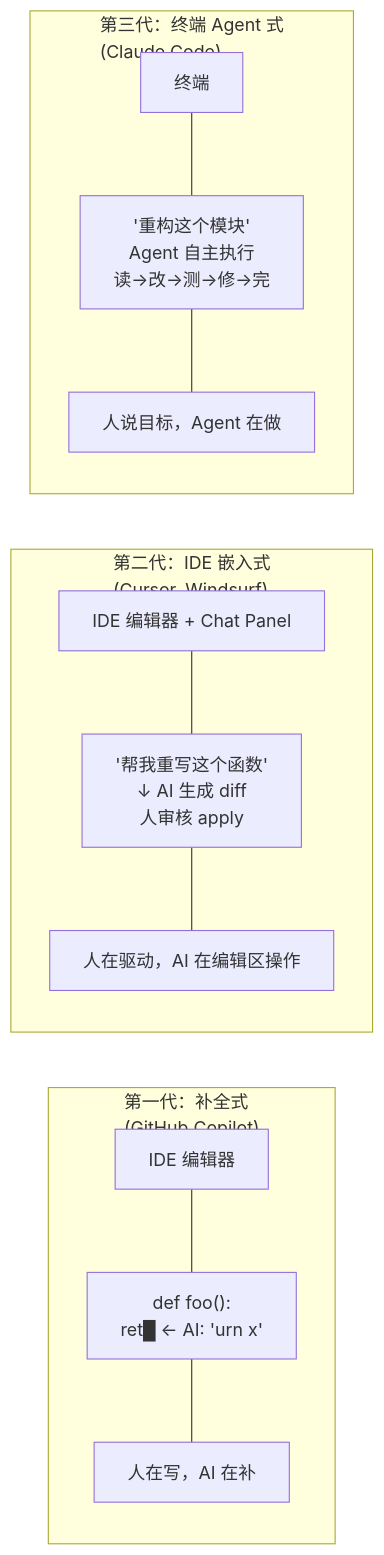
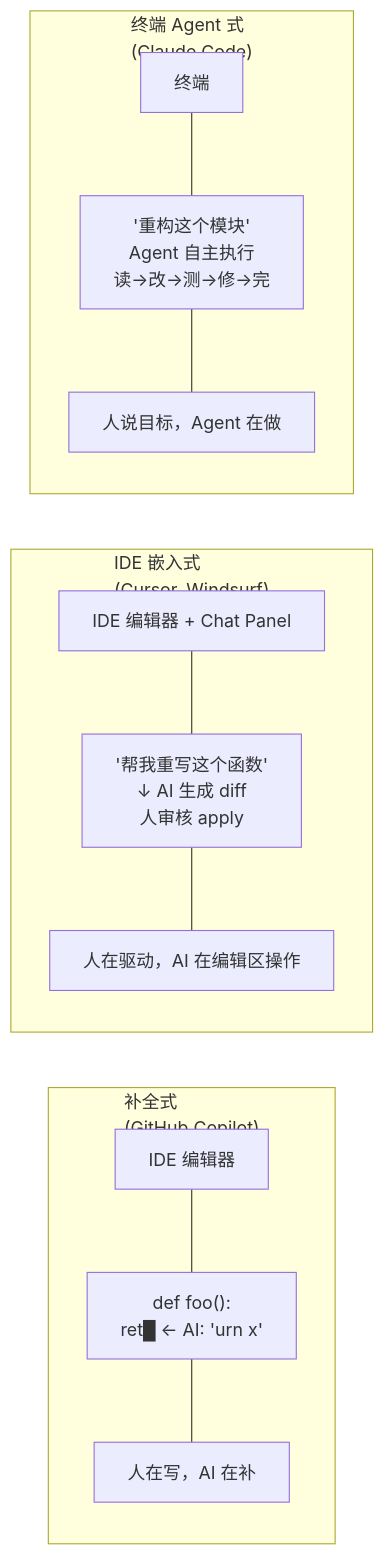
One commit to cuiliang-ai/books changed the second of 3 diagrams in claude-code-deep-dive/src/part-1/ch01-what-is-claude-code.md. Above: the diagram before and after it, drawn with Mermaid. The commit also changed other lines of this file, not shown here.

Commit message:
Rename '三代 AI 编程工具' to '三种交互模式' in Ch1

````diff
--- a/claude-code-deep-dive/src/part-1/ch01-what-is-claude-code.md
+++ b/claude-code-deep-dive/src/part-1/ch01-what-is-claude-code.md
@@ -75,26 +75,26 @@
 ```mermaid
 flowchart LR
-    subgraph G1["第一代：补全式\n(GitHub Copilot)"]
+    subgraph G1["补全式\n(GitHub Copilot)"]
         direction TB
         A1["IDE 编辑器"]
         A2["def foo():\n  ret█ ← AI: 'urn x'"]
         A3["人在写，AI 在补"]
         A1 --- A2 --- A3
     end
 
-    subgraph G2["第二代：IDE 嵌入式\n(Cursor, Windsurf)"]
+    subgraph G2["IDE 嵌入式\n(Cursor, Windsurf)"]
         direction TB
         B1["IDE 编辑器 + Chat Panel"]
         B2["'帮我重写这个函数'\n↓ AI 生成 diff\n人审核 apply"]
         B3["人在驱动，AI 在编辑区操作"]
         B1 --- B2 --- B3
     end
 
-    subgraph G3["第三代：终端 Agent 式\n(Claude Code)"]
+    subgraph G3["终端 Agent 式\n(Claude Code)"]
         direction TB
         C1["终端"]
         C2["'重构这个模块'\nAgent 自主执行\n读→改→测→修→完"]
         C3["人说目标，Agent 在做"]
         C1 --- C2 --- C3
     end
 ```
````
